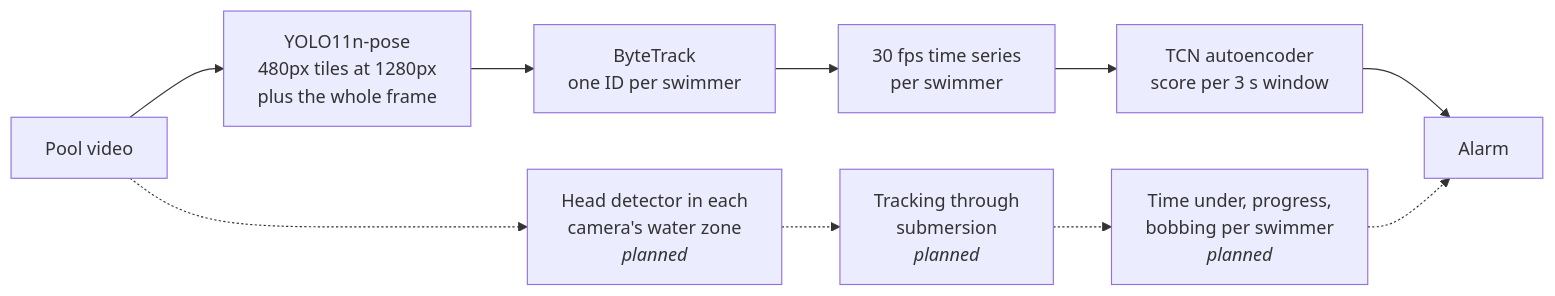
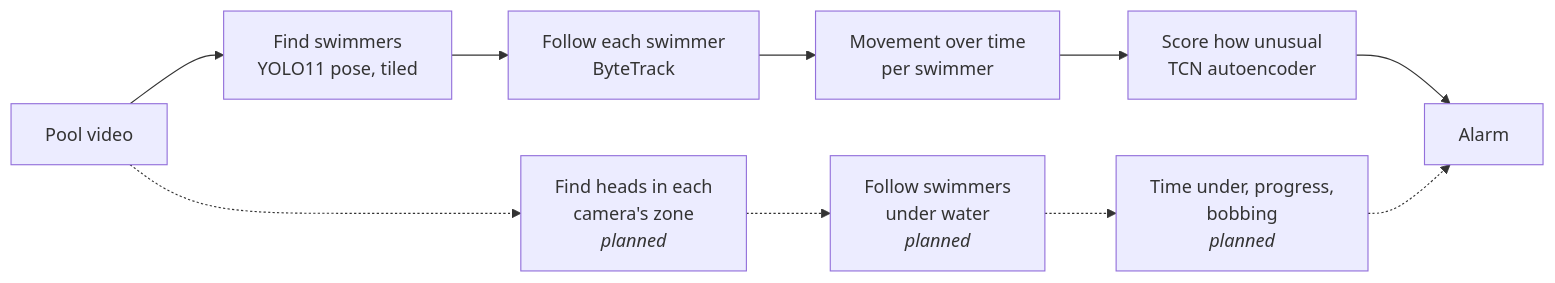
The diagram in README.md (nickpearlstone/Hydro-Knight), drawn with Mermaid before and after one commit. The commit also changed other lines of this file and 2 other files, not shown here.

````diff
--- a/README.md
+++ b/README.md
@@ -23,12 +26,12 @@
 ```mermaid
 flowchart LR
-    A[Pool video] --> B[YOLO11n-pose<br/>480px tiles at 1280px<br/>plus the whole frame]
-    B --> C[ByteTrack<br/>one ID per swimmer]
-    C --> D[30 fps time series<br/>per swimmer]
-    D --> E[TCN autoencoder<br/>score per 3 s window]
+    A[Pool video] --> B[Find swimmers<br/>YOLO11 pose, tiled]
+    B --> C[Follow each swimmer<br/>ByteTrack]
+    C --> D[Movement over time<br/>per swimmer]
+    D --> E[Score how unusual<br/>TCN autoencoder]
     E --> F[Alarm]
-    A -.-> G[Head detector in each<br/>camera's water zone<br/><i>planned</i>]
-    G -.-> H[Tracking through<br/>submersion<br/><i>planned</i>]
-    H -.-> I[Time under, progress,<br/>bobbing per swimmer<br/><i>planned</i>]
+    A -.-> G[Find heads in each<br/>camera's zone<br/><i>planned</i>]
+    G -.-> H[Follow swimmers<br/>under water<br/><i>planned</i>]
+    H -.-> I[Time under, progress,<br/>bobbing<br/><i>planned</i>]
     I -.-> F
 ```
````
